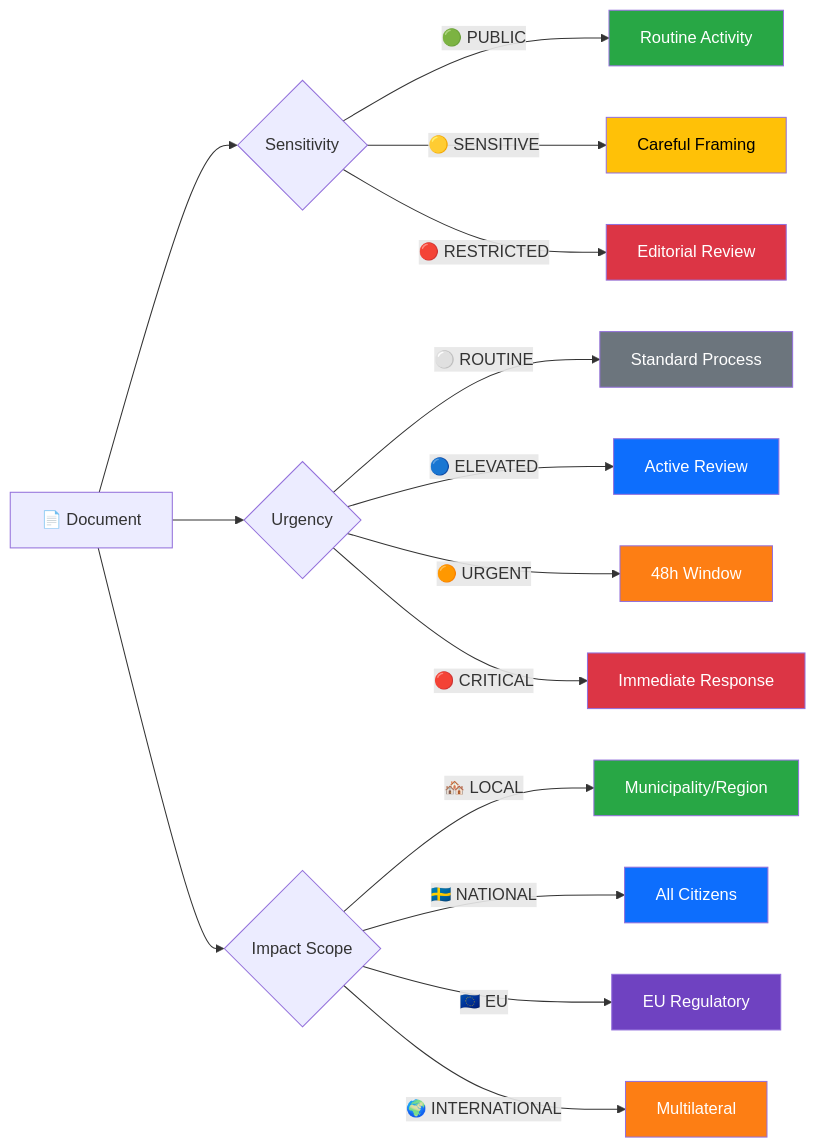
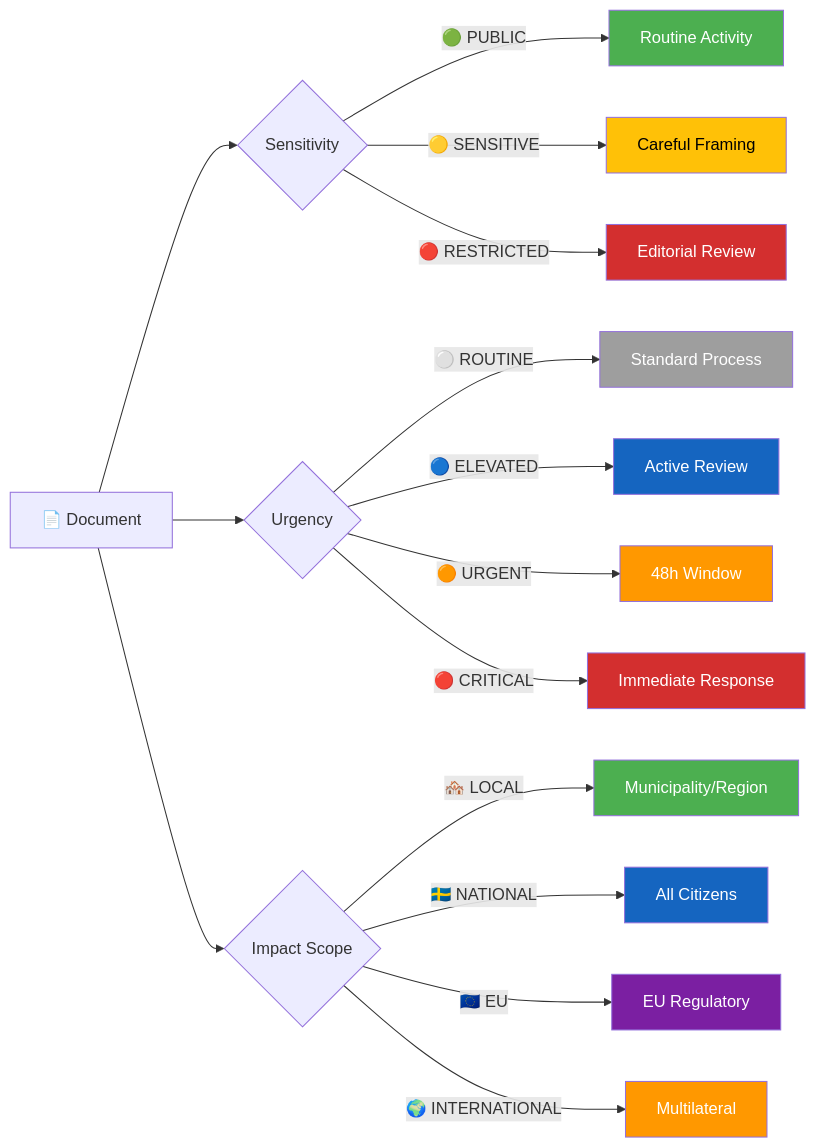
One commit to Hack23/riksdagsmonitor changed the diagram in analysis/templates/political-classification.md. Above: the diagram before and after it, drawn with Mermaid. The commit also changed 14 other files, not shown here.

First line of the commit message:
Align analysis/ mermaid diagrams with ISMS Style Guide palette and convert SWOT to quadrantChart

````diff
--- a/analysis/templates/political-classification.md
+++ b/analysis/templates/political-classification.md
@@ -50,31 +50,31 @@
 ```mermaid
 graph LR
     DOC["📄 Document"] --> SENS{Sensitivity}
     SENS -->|"🟢 PUBLIC"| PUB[Routine Activity]
     SENS -->|"🟡 SENSITIVE"| SEN[Careful Framing]
     SENS -->|"🔴 RESTRICTED"| RES[Editorial Review]
 
     DOC --> URG{Urgency}
     URG -->|"⚪ ROUTINE"| ROUT[Standard Process]
     URG -->|"🔵 ELEVATED"| ELEV[Active Review]
     URG -->|"🟠 URGENT"| URGE[48h Window]
     URG -->|"🔴 CRITICAL"| CRIT[Immediate Response]
 
     DOC --> SCOPE{Impact Scope}
     SCOPE -->|"🏘️ LOCAL"| LOC[Municipality/Region]
     SCOPE -->|"🇸🇪 NATIONAL"| NAT[All Citizens]
     SCOPE -->|"🇪🇺 EU"| EU[EU Regulatory]
     SCOPE -->|"🌍 INTERNATIONAL"| INT[Multilateral]
 
-    style PUB fill:#28a745,color:#fff
-    style SEN fill:#ffc107,color:#000
-    style RES fill:#dc3545,color:#fff
-    style ROUT fill:#6c757d,color:#fff
-    style ELEV fill:#0d6efd,color:#fff
-    style URGE fill:#fd7e14,color:#fff
-    style CRIT fill:#dc3545,color:#fff
-    style LOC fill:#28a745,color:#fff
-    style NAT fill:#0d6efd,color:#fff
-    style EU fill:#6f42c1,color:#fff
-    style INT fill:#fd7e14,color:#fff
+    style PUB fill:#4CAF50,color:#FFFFFF
+    style SEN fill:#FFC107,color:#000000
+    style RES fill:#D32F2F,color:#FFFFFF
+    style ROUT fill:#9E9E9E,color:#FFFFFF
+    style ELEV fill:#1565C0,color:#FFFFFF
+    style URGE fill:#FF9800,color:#FFFFFF
+    style CRIT fill:#D32F2F,color:#FFFFFF
+    style LOC fill:#4CAF50,color:#FFFFFF
+    style NAT fill:#1565C0,color:#FFFFFF
+    style EU fill:#7B1FA2,color:#FFFFFF
+    style INT fill:#FF9800,color:#FFFFFF
 ```
````
